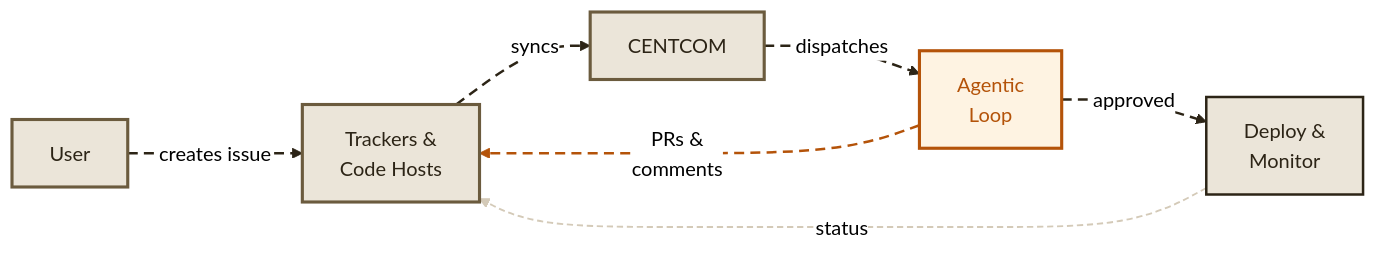
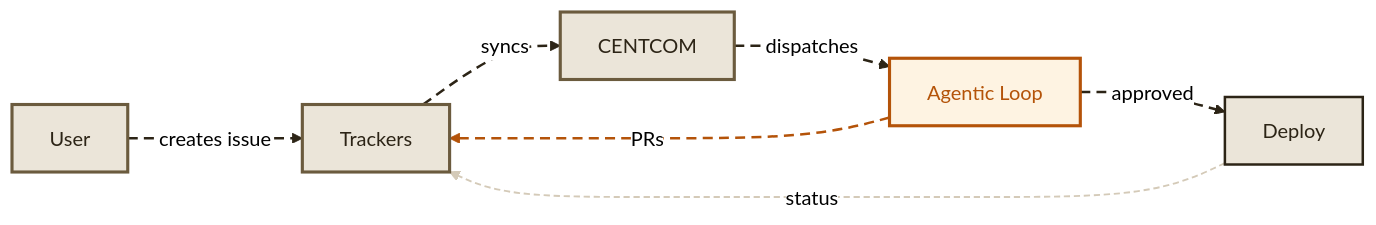
Before and after one commit to dunkinfrunkin/maestro: the first of 5 diagrams in docs/docs/concepts/index.mdx, drawn with Mermaid (neutral theme). The commit also changed other lines of this file and 1 other file, not shown here.

First line of the commit message:
fix: remove all line breaks from mermaid labels to prevent text clipping

````diff
--- a/docs/docs/concepts/index.mdx
+++ b/docs/docs/concepts/index.mdx
@@ -15,22 +15,22 @@
 ```mermaid
 graph LR
-  USR["User"] -. "creates issue" .-> EXT["Trackers &<br/>Code Hosts"]
+  USR["User"] -. "creates issue" .-> EXT["Trackers"]
   EXT -. "syncs" .-> CC["CENTCOM"]
-  CC -. "dispatches" .-> AL["Agentic<br/>Loop"]
-  AL -. "PRs &<br/>comments" .-> EXT
-  AL -. "approved" .-> DP["Deploy &<br/>Monitor"]
+  CC -. "dispatches" .-> AL["Agentic Loop"]
+  AL -. "PRs" .-> EXT
+  AL -. "approved" .-> DP["Deploy"]
   DP -. "status" .-> EXT
 
   style USR fill:#ebe5d9,stroke:#6b5b3e,stroke-width:2.5px,color:#2c2416
   style EXT fill:#ebe5d9,stroke:#6b5b3e,stroke-width:2.5px,color:#2c2416
   style CC fill:#ebe5d9,stroke:#6b5b3e,stroke-width:2.5px,color:#2c2416
   style AL fill:#fef3e2,stroke:#b45309,stroke-width:2.5px,color:#b45309
   style DP fill:#ebe5d9,stroke:#2c2416,stroke-width:2px,color:#2c2416
 
   linkStyle 0 stroke:#2c2416,stroke-width:2px,stroke-dasharray:8 5
   linkStyle 1 stroke:#2c2416,stroke-width:2px,stroke-dasharray:8 5
   linkStyle 2 stroke:#2c2416,stroke-width:2px,stroke-dasharray:8 5
   linkStyle 3 stroke:#b45309,stroke-width:2px,stroke-dasharray:8 5
   linkStyle 4 stroke:#2c2416,stroke-width:2px,stroke-dasharray:8 5
   linkStyle 5 stroke:#d4cab8,stroke-width:1.5px,stroke-dasharray:5 3
 ```
````
